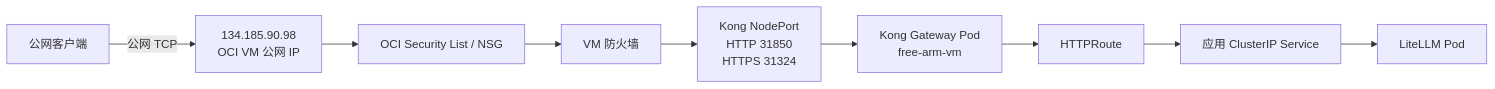
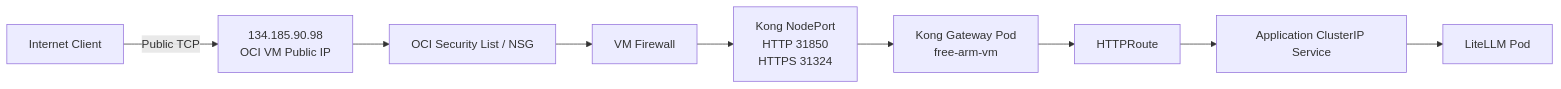
Before and after one commit to nvd11/my-litellm-service: the second of 4 diagrams in docs/k3s-kong-public-access-options.md, drawn with Mermaid. The commit also changed other lines of this file and 25 other files, not shown here.

````diff
--- a/docs/k3s-kong-public-access-options.md
+++ b/docs/k3s-kong-public-access-options.md
@@ -125,21 +125,21 @@
 ```mermaid
 flowchart LR
-    Client[公网客户端]
-    PublicIP[134.185.90.98\nOCI VM 公网 IP]
+    Client[Internet Client]
+    PublicIP[134.185.90.98\nOCI VM Public IP]
     SG[OCI Security List / NSG]
-    FW[VM 防火墙]
+    FW[VM Firewall]
     NP[Kong NodePort\nHTTP 31850\nHTTPS 31324]
     Kong[Kong Gateway Pod\nfree-arm-vm]
     HTTPRoute[HTTPRoute]
-    SVC[应用 ClusterIP Service]
+    SVC[Application ClusterIP Service]
     Pod[LiteLLM Pod]
 
-    Client -->|公网 TCP| PublicIP
+    Client -->|Public TCP| PublicIP
     PublicIP --> SG
     SG --> FW
     FW --> NP
     NP --> Kong
     Kong --> HTTPRoute
     HTTPRoute --> SVC
     SVC --> Pod
 ```
````
